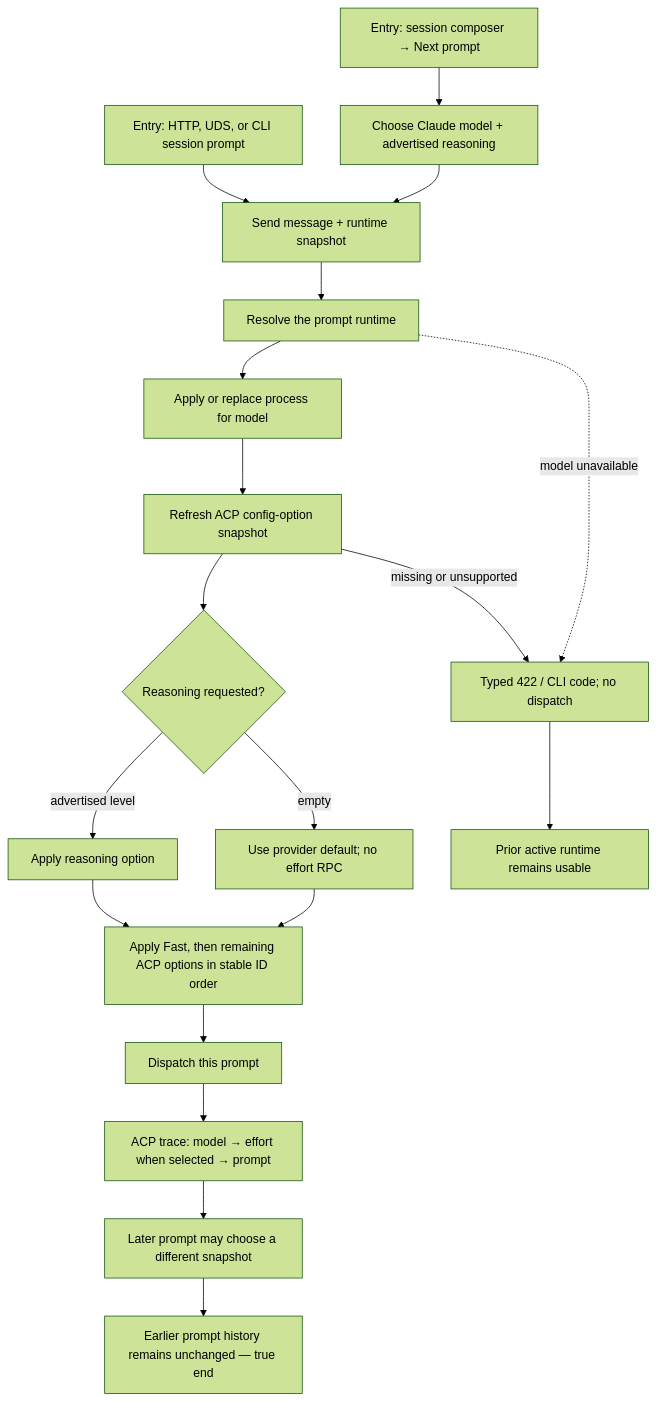
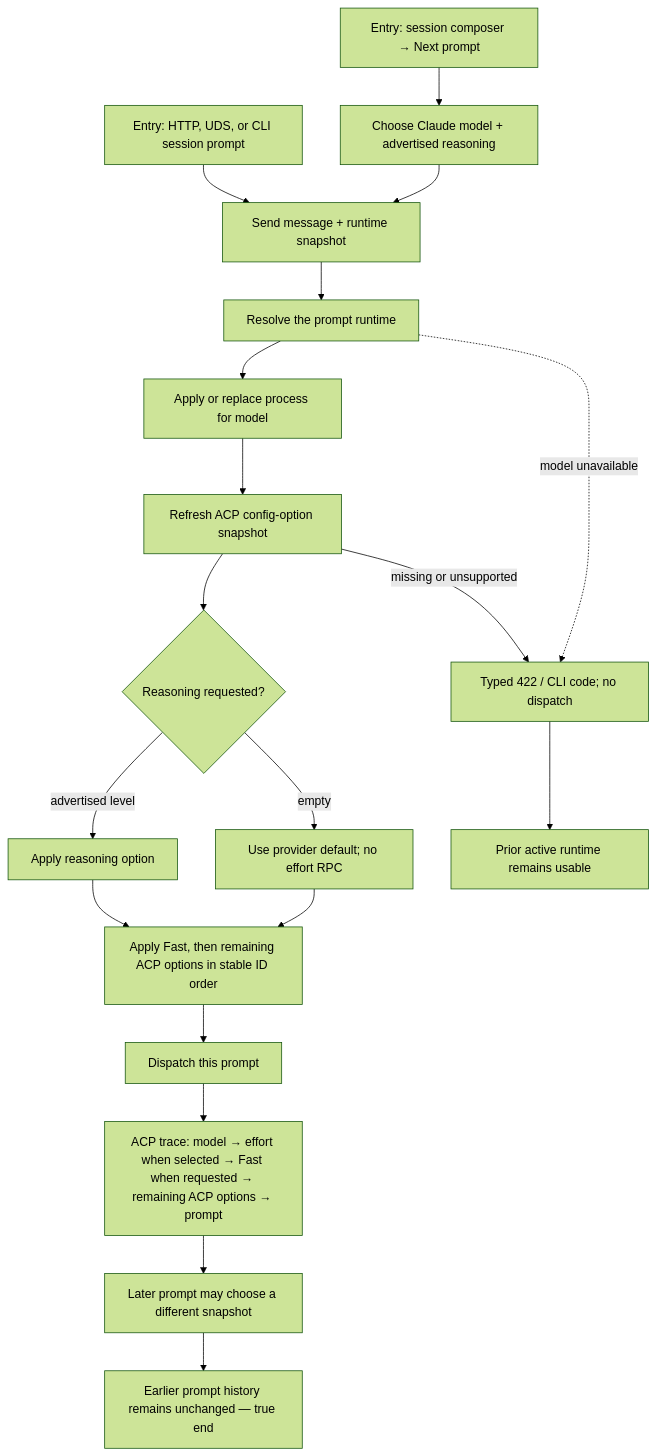
One commit to compozy/compozy changed the diagram in docs/qa/journeys/J-21-claude-reasoning-end-to-end.md. Above: the diagram before and after it, drawn with Mermaid (forest theme). The commit also changed 316 other files, not shown here.

````diff
--- a/docs/qa/journeys/J-21-claude-reasoning-end-to-end.md
+++ b/docs/qa/journeys/J-21-claude-reasoning-end-to-end.md
@@ -9,21 +9,21 @@
 ```mermaid
 flowchart TD
     E1[Entry: session composer → Next prompt] --> PICK[Choose Claude model + advertised reasoning]
     E2[Entry: HTTP, UDS, or CLI session prompt] --> PAYLOAD[Send message + runtime snapshot]
     PICK --> PAYLOAD
     PAYLOAD --> PLAN[Resolve the prompt runtime]
     PLAN --> MODEL[Apply or replace process for model]
     MODEL --> OPTIONS[Refresh ACP config-option snapshot]
     OPTIONS --> EFFORT{Reasoning requested?}
     EFFORT -->|advertised level| APPLY[Apply reasoning option]
     EFFORT -->|empty| NORPC[Use provider default; no effort RPC]
     APPLY --> EXTRA[Apply Fast, then remaining ACP options in stable ID order]
     EXTRA --> DISPATCH[Dispatch this prompt]
     NORPC --> EXTRA
-    DISPATCH --> TRACE[ACP trace: model → effort when selected → prompt]
+    DISPATCH --> TRACE[ACP trace: model → effort when selected → Fast when requested → remaining ACP options → prompt]
     TRACE --> LATER[Later prompt may choose a different snapshot]
     LATER --> END[Earlier prompt history remains unchanged — true end]
     OPTIONS -->|missing or unsupported| FAIL[Typed 422 / CLI code; no dispatch]
     FAIL --> ROLLBACK[Prior active runtime remains usable]
     PLAN -.->|model unavailable| FAIL
 ```
````
